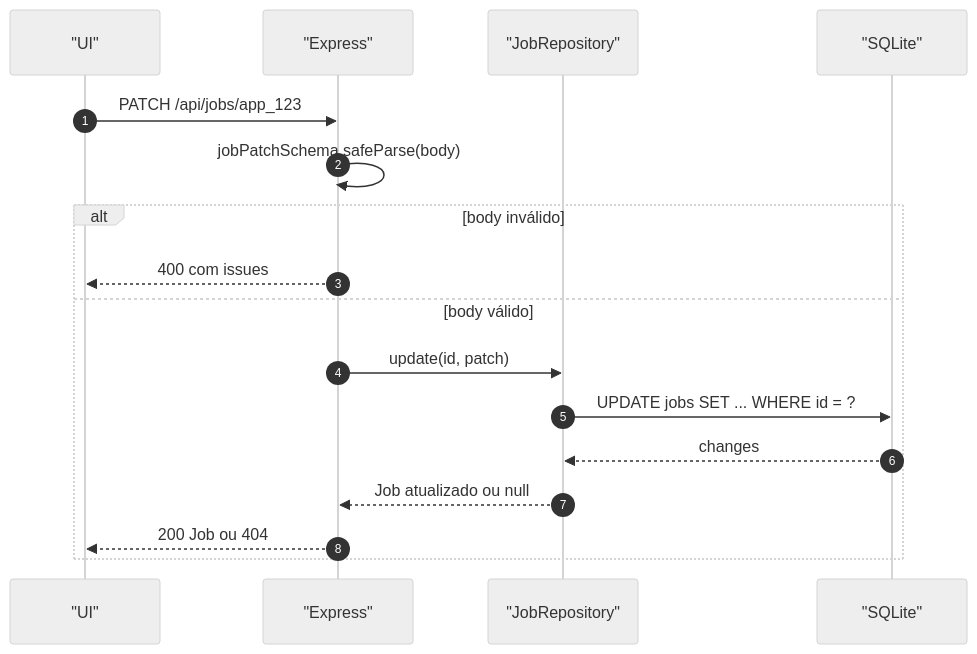
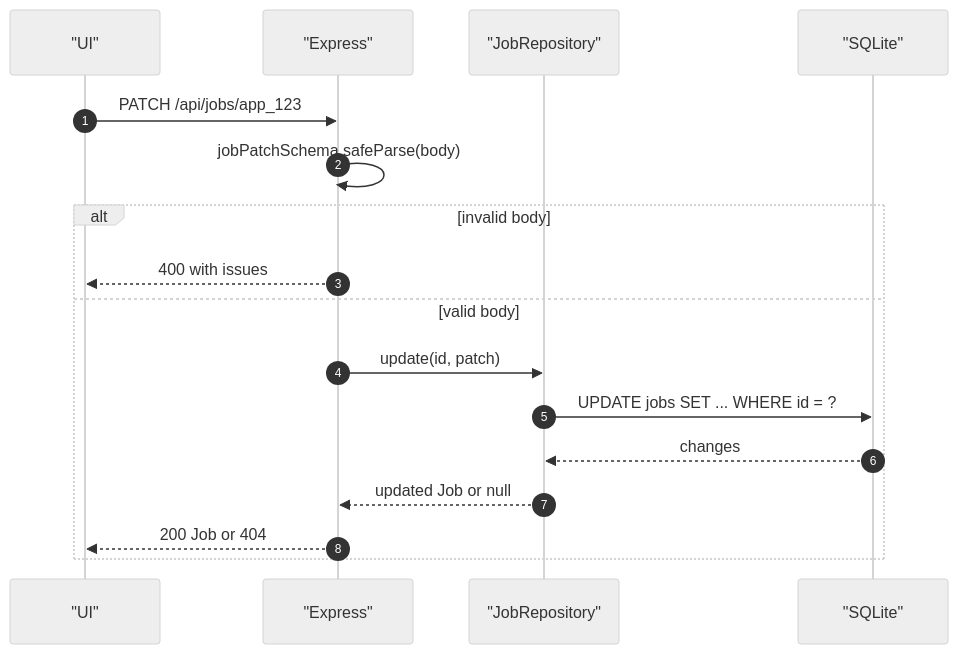
Before and after one commit to HDias/job-search: the fourth of 7 diagrams in docs/architecture.md, drawn with Mermaid (neutral theme). The commit also changed other lines of this file and 29 other files, not shown here.

````diff
--- a/docs/architecture.md
+++ b/docs/architecture.md
@@ -142,20 +142,20 @@
 ```mermaid
 sequenceDiagram
   autonumber
   participant UI as "UI"
   participant API as "Express"
   participant REPO as "JobRepository"
   participant DB as "SQLite"
 
   UI->>API: PATCH /api/jobs/app_123
   API->>API: jobPatchSchema.safeParse(body)
-  alt body inválido
-    API-->>UI: 400 com issues
-  else body válido
+  alt invalid body
+    API-->>UI: 400 with issues
+  else valid body
     API->>REPO: update(id, patch)
     REPO->>DB: UPDATE jobs SET ... WHERE id = ?
     DB-->>REPO: changes
-    REPO-->>API: Job atualizado ou null
-    API-->>UI: 200 Job ou 404
+    REPO-->>API: updated Job or null
+    API-->>UI: 200 Job or 404
   end
 ```
````
